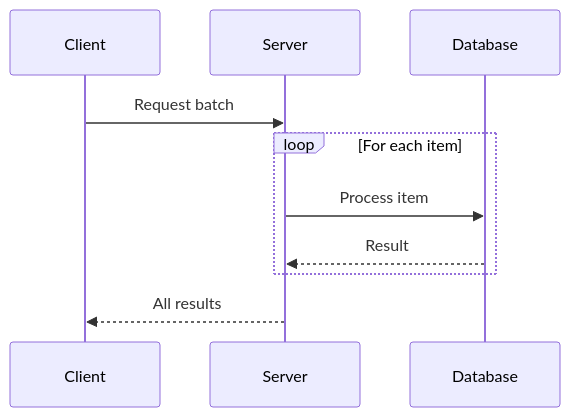
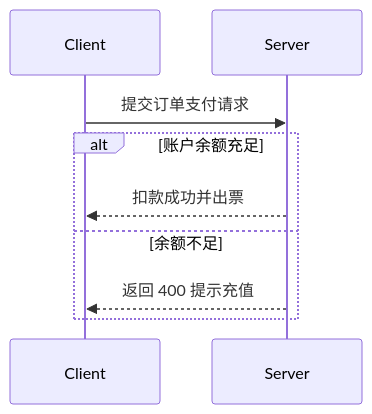
The second of 6 diagrams in skills/mermaid-diagrams/references/sequence-diagrams.md (betterlmy/agent-skills), drawn with Mermaid before and after one commit. The commit also changed other lines of this file and 46 other files, not shown here.

````diff
--- a/skills/mermaid-diagrams/references/sequence-diagrams.md
+++ b/skills/mermaid-diagrams/references/sequence-diagrams.md
@@ -126,11 +44,12 @@
 ```mermaid
 sequenceDiagram
-    Client->>Server: Request batch
-    
-    loop For each item
-        Server->>Database: Process item
-        Database-->>Server: Result
+    participant Client
+    participant Server
+
+    Client->>Server: 提交订单支付请求
+    alt 账户余额充足
+        Server-->>Client: 扣款成功并出票
+    else 余额不足
+        Server-->>Client: 返回 400 提示充值
     end
-    
-    Server-->>Client: All results
 ```
````
